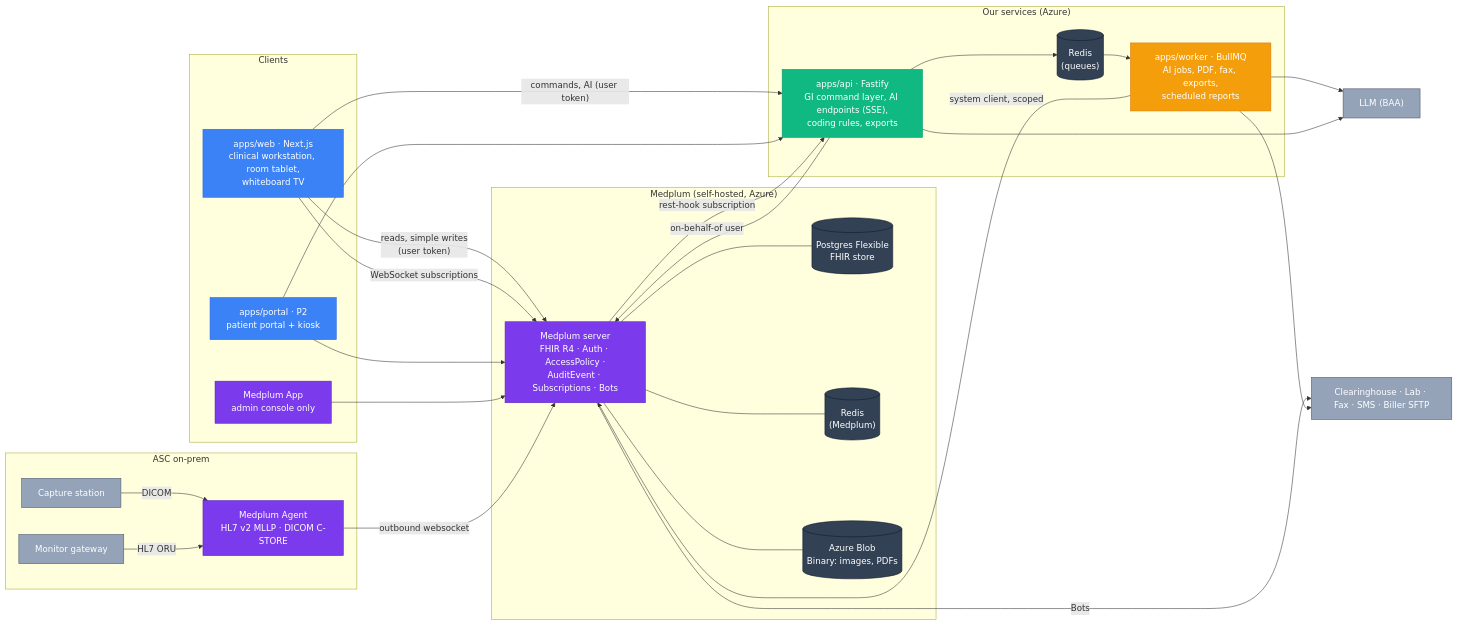
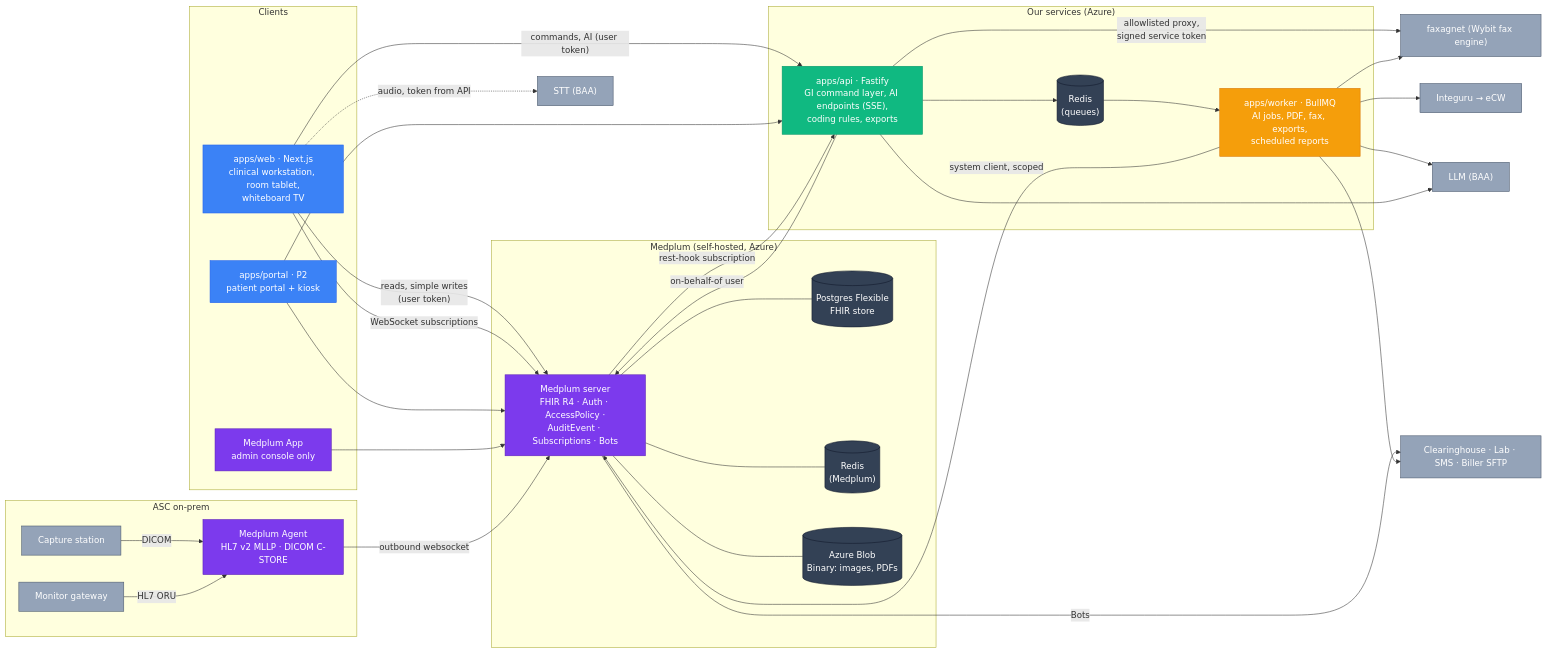
One commit to imRahul05/ASC-EHR changed the second of 6 diagrams in docs/product/03-target-architecture.md. Above: the diagram before and after it, drawn with Mermaid. The commit also changed other lines of this file and 9 other files, not shown here.

````diff
--- a/docs/product/03-target-architecture.md
+++ b/docs/product/03-target-architecture.md
@@ -57,56 +68,63 @@
 ```mermaid
 flowchart LR
     classDef web fill:#3b82f6,color:#fff,stroke:#2563eb
     classDef api fill:#10b981,color:#fff,stroke:#059669
     classDef worker fill:#f59e0b,color:#fff,stroke:#d97706
     classDef mp fill:#7c3aed,color:#fff,stroke:#5b21b6
     classDef store fill:#334155,color:#fff,stroke:#0f172a
     classDef ext fill:#94a3b8,color:#fff,stroke:#475569
 
     subgraph Clients
         Web["apps/web · Next.js<br/>clinical workstation, room tablet,<br/>whiteboard TV"]:::web
         Portal["apps/portal · P2<br/>patient portal + kiosk"]:::web
         MPApp["Medplum App<br/>admin console only"]:::mp
     end
 
     subgraph Our_Services ["Our services (Azure)"]
         API["apps/api · Fastify<br/>GI command layer, AI endpoints (SSE),<br/>coding rules, exports"]:::api
         Worker["apps/worker · BullMQ<br/>AI jobs, PDF, fax, exports,<br/>scheduled reports"]:::worker
         Redis[("Redis<br/>(queues)")]:::store
     end
 
     subgraph Medplum_Platform ["Medplum (self-hosted, Azure)"]
         MPS["Medplum server<br/>FHIR R4 · Auth · AccessPolicy ·<br/>AuditEvent · Subscriptions · Bots"]:::mp
         PG[("Postgres Flexible<br/>FHIR store")]:::store
         MRedis[("Redis<br/>(Medplum)")]:::store
         Blob[("Azure Blob<br/>Binary: images, PDFs")]:::store
     end
 
     subgraph On_Prem ["ASC on-prem"]
         Agent["Medplum Agent<br/>HL7 v2 MLLP · DICOM C-STORE"]:::mp
         Cap["Capture station"]:::ext
         Mon["Monitor gateway"]:::ext
     end
 
     LLM["LLM (BAA)"]:::ext
-    Ext["Clearinghouse · Lab · Fax · SMS · Biller SFTP"]:::ext
+    Ext["Clearinghouse · Lab · SMS · Biller SFTP"]:::ext
+    FAXAG["faxagnet (Wybit fax engine)"]:::ext
+    ING["Integuru → eCW"]:::ext
+    STT["STT (BAA)"]:::ext
 
     Web -->|"reads, simple writes<br/>(user token)"| MPS
     Web -->|"WebSocket subscriptions"| MPS
     Web -->|"commands, AI (user token)"| API
     Portal --> MPS
     Portal --> API
     MPApp --> MPS
     API -->|"on-behalf-of user"| MPS
     API --> Redis --> Worker
     Worker -->|"system client, scoped"| MPS
     Worker --> LLM
     API --> LLM
     MPS -->|"rest-hook subscription"| API
     MPS --- PG & MRedis & Blob
     MPS -->|Bots| Ext
     Worker --> Ext
+    API -->|"allowlisted proxy,<br/>signed service token"| FAXAG
+    Worker --> FAXAG
+    Worker --> ING
+    Web -.->|"audio, token from API"| STT
     Cap -->|DICOM| Agent
     Mon -->|HL7 ORU| Agent
     Agent -->|"outbound websocket"| MPS
 ```
````
